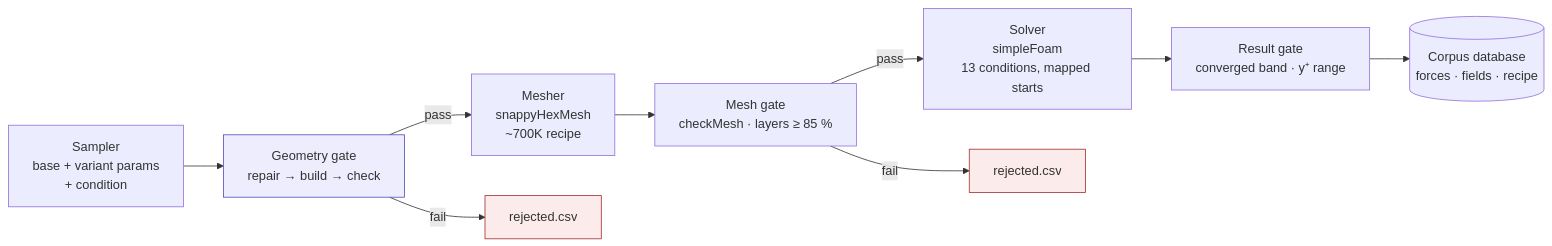
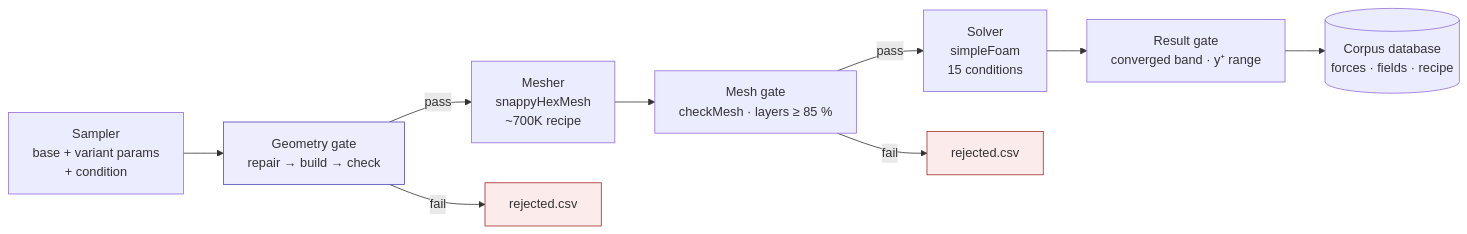
The first of 2 diagrams in plan/HARNESS.md (SaiKiranKumarNalla/auv-hull-surrogate), drawn with Mermaid before and after one commit. The commit also changed other lines of this file and 1 other file, not shown here.

Commit message:
Corpus = 20 bases x 10 variants x 15 conditions (3,000 runs); conditions fixed in corpus_case and the study plan

````diff
--- a/plan/HARNESS.md
+++ b/plan/HARNESS.md
@@ -6,14 +6,14 @@
 ```mermaid
 flowchart LR
     S["Sampler<br/>base + variant params<br/>+ condition"] --> G["Geometry gate<br/>repair → build → check"]
     G -->|pass| M["Mesher<br/>snappyHexMesh<br/>~700K recipe"]
     G -->|fail| X1["rejected.csv"]
     M --> Q1["Mesh gate<br/>checkMesh · layers ≥ 85 %"]
-    Q1 -->|pass| SO["Solver<br/>simpleFoam<br/>13 conditions, mapped starts"]
+    Q1 -->|pass| SO["Solver<br/>simpleFoam<br/>15 conditions"]
     Q1 -->|fail| X2["rejected.csv"]
     SO --> Q2["Result gate<br/>converged band · y⁺ range"]
     Q2 --> DB[("Corpus database<br/>forces · fields · recipe")]
     style G fill:#EEEDFE,stroke:#534AB7
     style X1 fill:#FCEBEB,stroke:#A32D2D
     style X2 fill:#FCEBEB,stroke:#A32D2D
 ```
````
